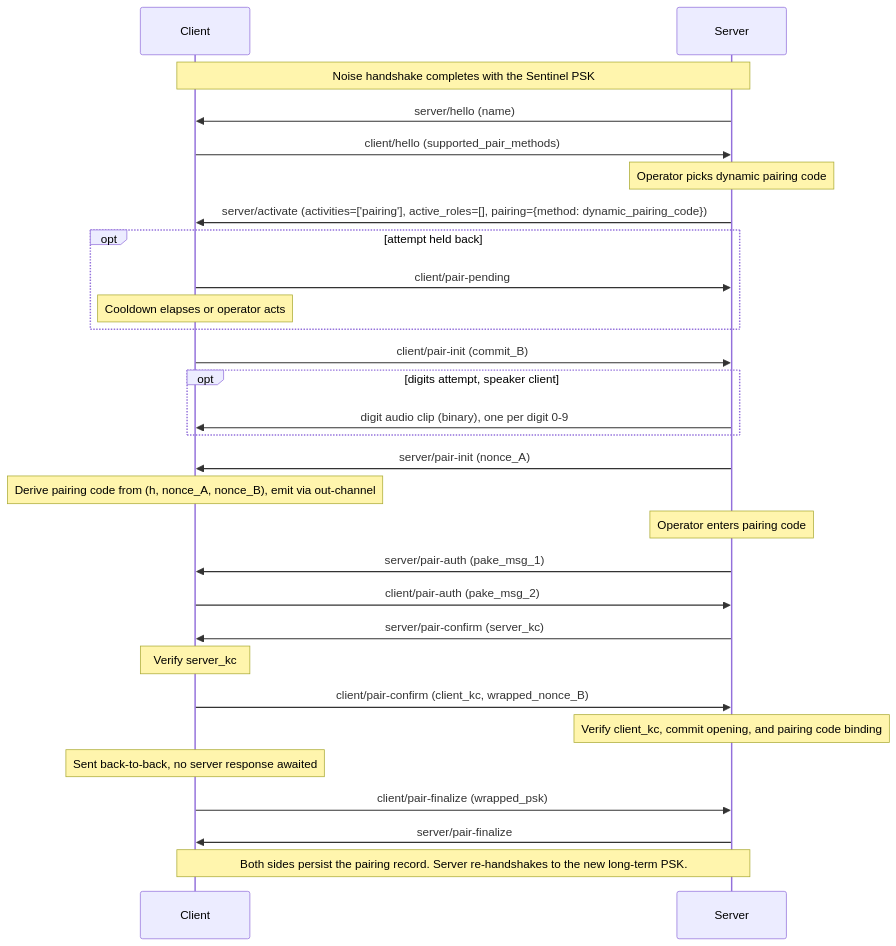
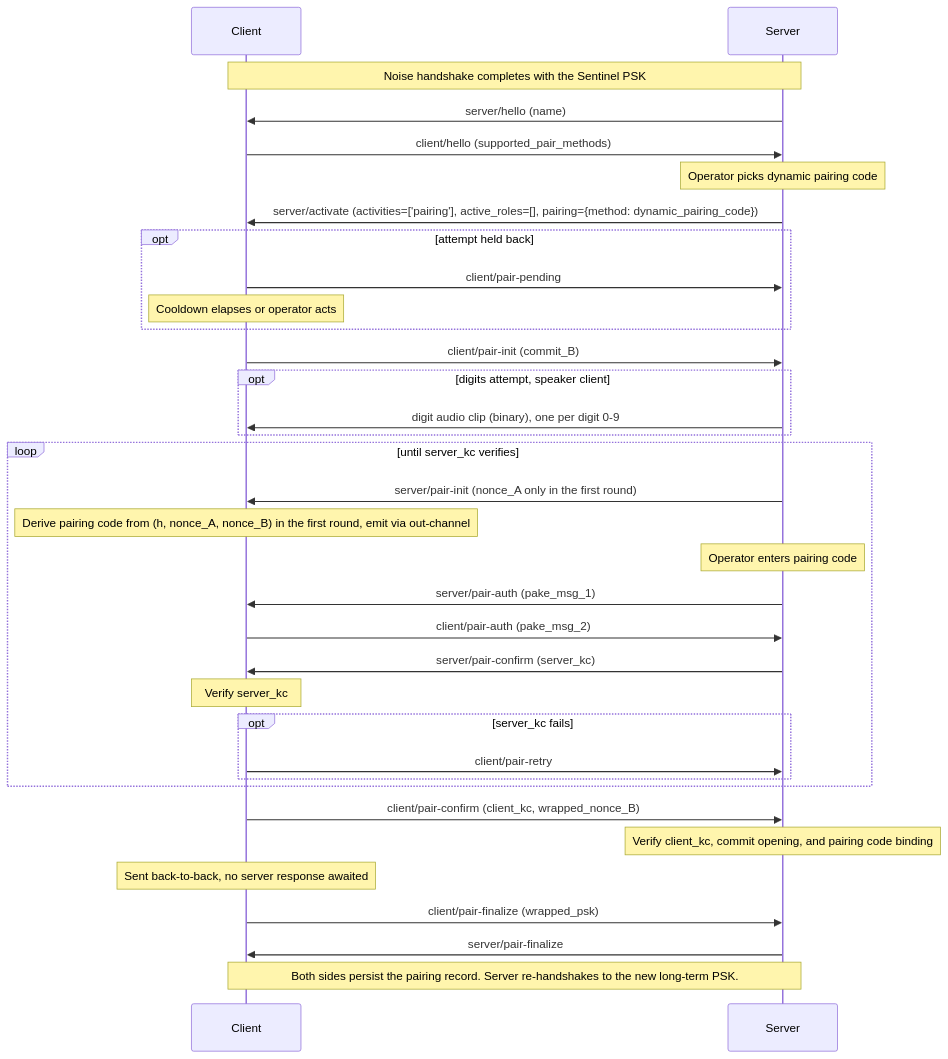
One commit to Sendspin-Protocol/spec changed the third of 4 diagrams in README.md. Above: the diagram before and after it, drawn with Mermaid. The commit also changed other lines of this file and 1 other file, not shown here.

Commit message:
Keep the dynamic pairing code stable across retries within an attempt

````diff
--- a/README.md
+++ b/README.md
@@ -824,33 +824,38 @@
 ```mermaid
 sequenceDiagram
     participant Client
     participant Server
 
     Note over Client,Server: Noise handshake completes with the Sentinel PSK
 
     Server->>Client: server/hello (name)
     Client->>Server: client/hello (supported_pair_methods)
     Note over Server: Operator picks dynamic pairing code
     Server->>Client: server/activate (activities=['pairing'], active_roles=[], pairing={method: dynamic_pairing_code})
     opt attempt held back
         Client->>Server: client/pair-pending
         Note over Client: Cooldown elapses or operator acts
     end
     Client->>Server: client/pair-init (commit_B)
     opt digits attempt, speaker client
         Server->>Client: digit audio clip (binary), one per digit 0-9
     end
-    Server->>Client: server/pair-init (nonce_A)
-    Note over Client: Derive pairing code from (h, nonce_A, nonce_B), emit via out-channel
-    Note over Server: Operator enters pairing code
-    Server->>Client: server/pair-auth (pake_msg_1)
-    Client->>Server: client/pair-auth (pake_msg_2)
-    Server->>Client: server/pair-confirm (server_kc)
-    Note over Client: Verify server_kc
+    loop until server_kc verifies
+        Server->>Client: server/pair-init (nonce_A only in the first round)
+        Note over Client: Derive pairing code from (h, nonce_A, nonce_B) in the first round, emit via out-channel
+        Note over Server: Operator enters pairing code
+        Server->>Client: server/pair-auth (pake_msg_1)
+        Client->>Server: client/pair-auth (pake_msg_2)
+        Server->>Client: server/pair-confirm (server_kc)
+        Note over Client: Verify server_kc
+        opt server_kc fails
+            Client->>Server: client/pair-retry
+        end
+    end
     Client->>Server: client/pair-confirm (client_kc, wrapped_nonce_B)
     Note over Server: Verify client_kc, commit opening, and pairing code binding
     Note over Client: Sent back-to-back, no server response awaited
     Client->>Server: client/pair-finalize (wrapped_psk)
     Server->>Client: server/pair-finalize
     Note over Client,Server: Both sides persist the pairing record. Server re-handshakes to the new long-term PSK.
 ```
````
